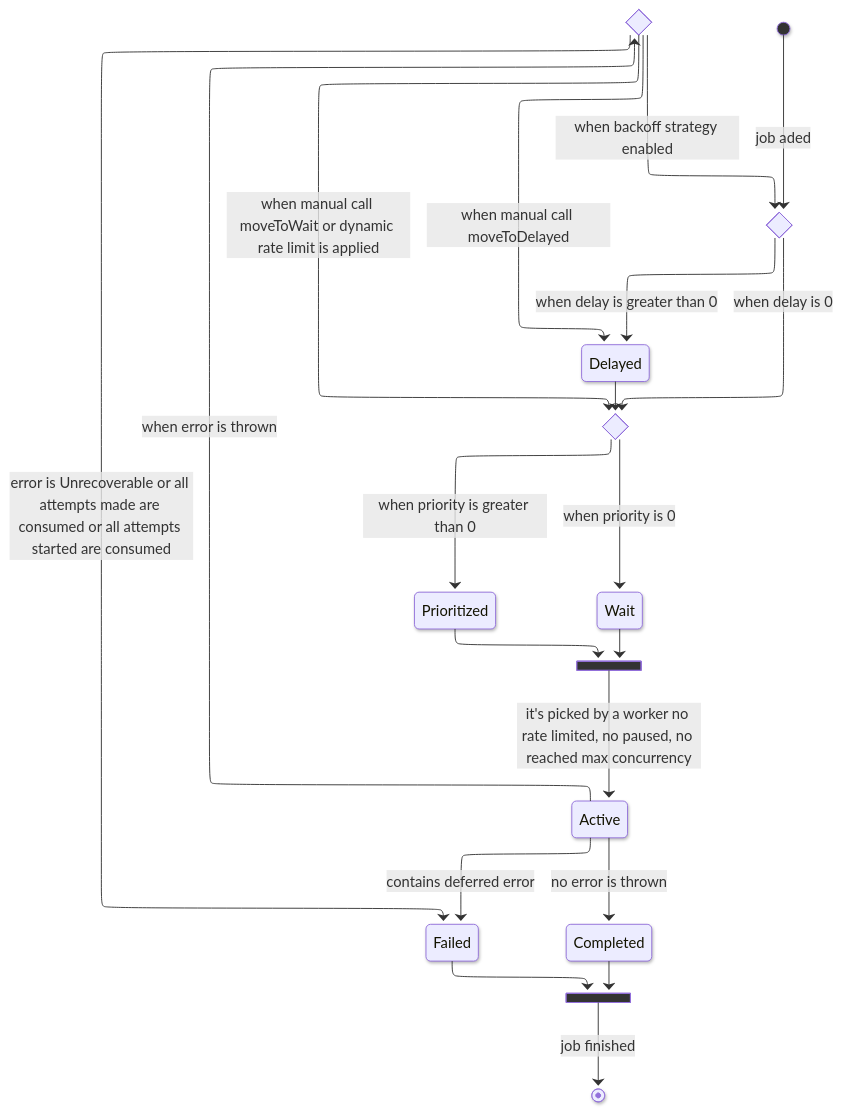
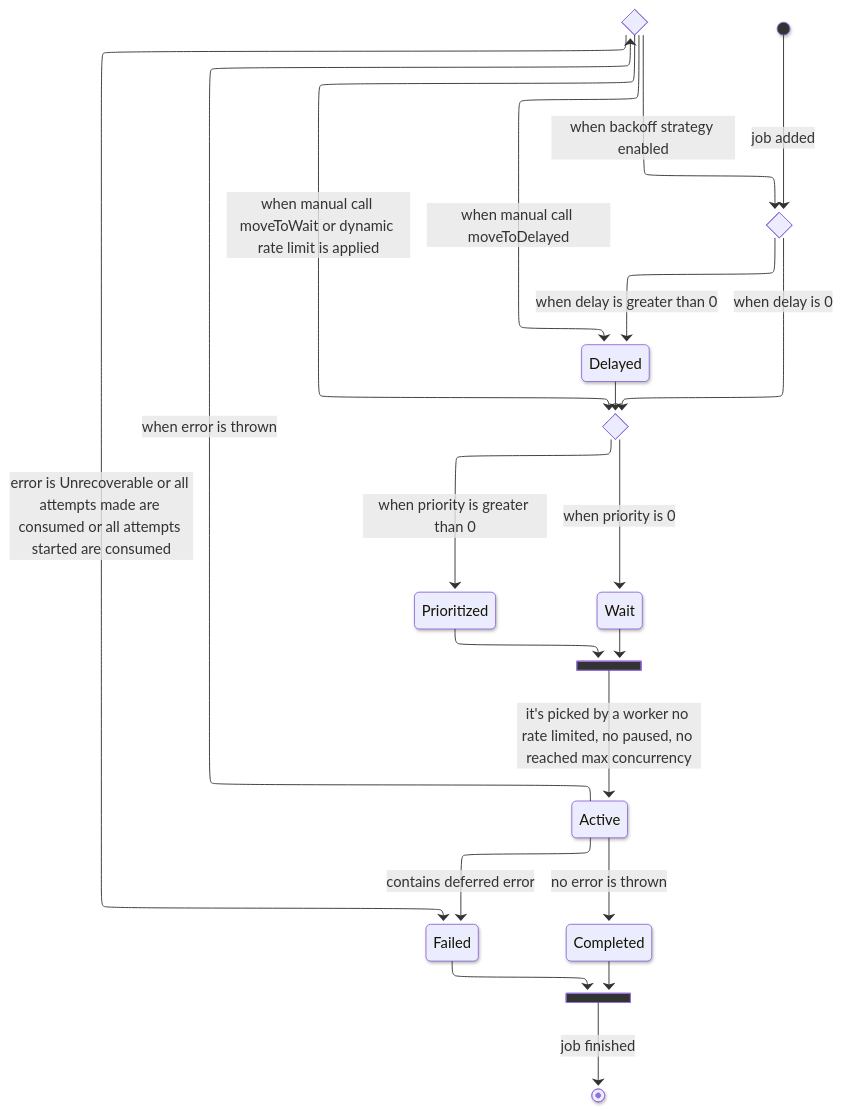
One commit to taskforcesh/bullmq changed the diagram in docs/gitbook/.gitbook/assets/simple-architecture.mmd. Above: the diagram before and after it, drawn with Mermaid.

```diff
--- a/docs/gitbook/.gitbook/assets/simple-architecture.mmd
+++ b/docs/gitbook/.gitbook/assets/simple-architecture.mmd
@@ -1,31 +1,31 @@
 ---
 config:
   layout: elk
   look: neo
 ---
 stateDiagram
   direction TB
   state delayChoice <<choice>>
   state priorityChoice <<choice>>
   state errorChoice <<choice>>
   state jobFinished <<join>>
   state workerPickup <<join>>
-  [*] --> delayChoice:job aded
+  [*] --> delayChoice: job added
   delayChoice --> priorityChoice:when delay is 0
   delayChoice --> Delayed:when delay is greater than 0
   priorityChoice --> Prioritized:when priority is greater than 0
   priorityChoice --> Wait:when priority is 0
   Delayed --> priorityChoice
   errorChoice --> delayChoice:when backoff strategy enabled
   errorChoice --> Delayed:when manual call moveToDelayed
   errorChoice --> priorityChoice:when manual call moveToWait or dynamic rate limit is applied
   errorChoice --> Failed:error is Unrecoverable or all attempts made are consumed or all attempts started are consumed
   Prioritized --> workerPickup
   Wait --> workerPickup
   workerPickup --> Active:it's picked by a worker no rate limited, no paused, no reached max concurrency
   Active --> errorChoice:when error is thrown
   Active --> Failed:contains deferred error
   Active --> Completed:no error is thrown
   Completed --> jobFinished
   Failed --> jobFinished
   jobFinished --> [*]:job finished
```
